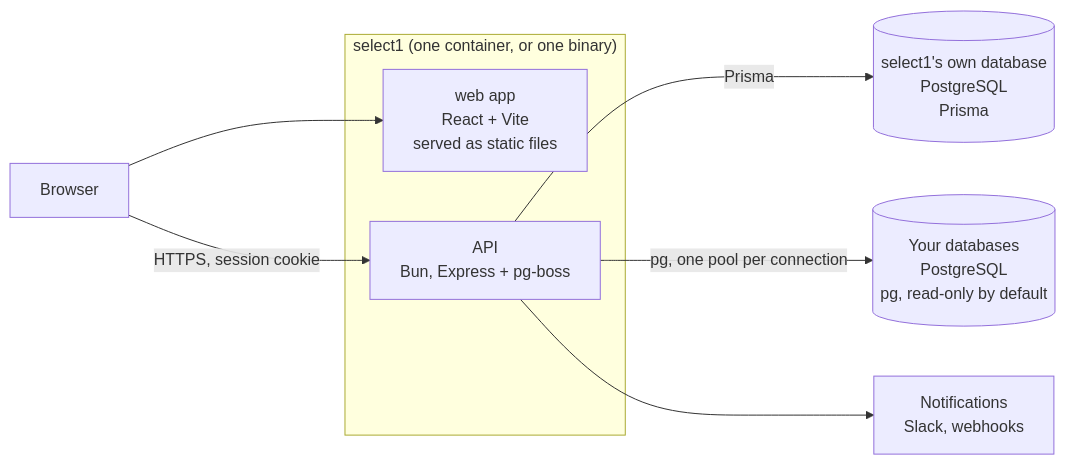
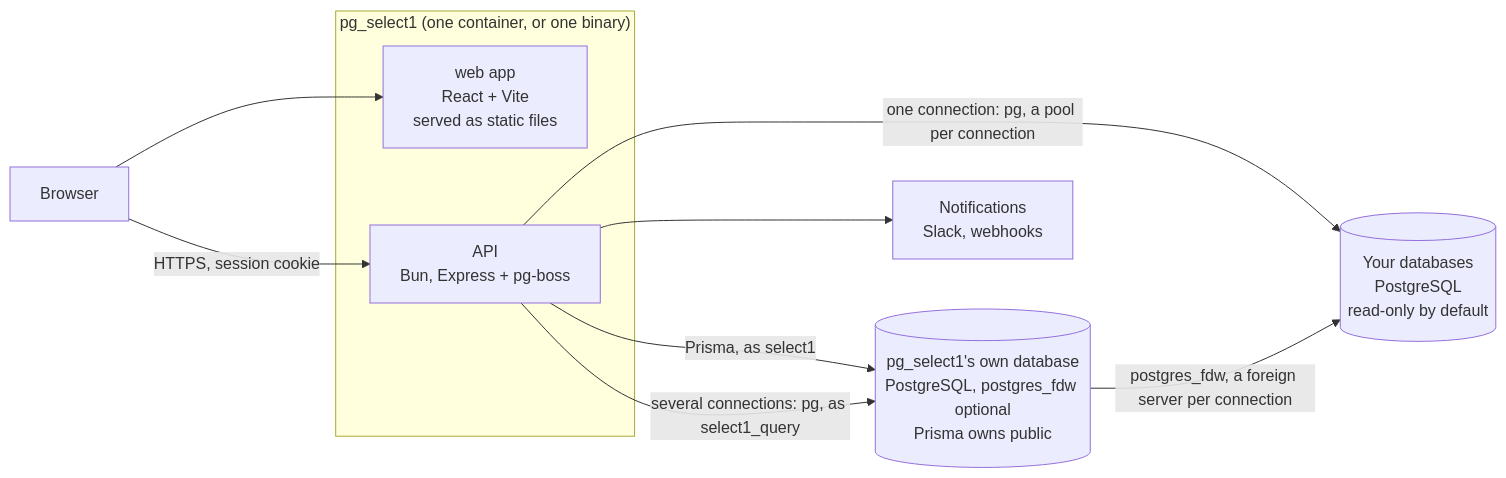
Before and after one commit to AliasedFox/pg_select1: the diagram in docs/stack.md, drawn with Mermaid. The commit also changed other lines of this file and 3 other files, not shown here.

First line of the commit message:
Spec queries per connection, with postgres_fdw across databases

````diff
--- a/docs/stack.md
+++ b/docs/stack.md
@@ -9,17 +9,19 @@
 ```mermaid
 flowchart LR
   browser["Browser"]
-  subgraph select1["select1 (one container, or one binary)"]
+  subgraph pg_select1["pg_select1 (one container, or one binary)"]
     web["web app<br/>React + Vite<br/>served as static files"]
     api["API<br/>Bun, Express + pg-boss"]
   end
-  meta[("select1's own database<br/>PostgreSQL<br/>Prisma")]
-  targets[("Your databases<br/>PostgreSQL<br/>pg, read-only by default")]
+  meta[("pg_select1's own database<br/>PostgreSQL, postgres_fdw optional<br/>Prisma owns public")]
+  targets[("Your databases<br/>PostgreSQL<br/>read-only by default")]
   notify["Notifications<br/>Slack, webhooks"]
 
   browser --> web
   browser -- "HTTPS, session cookie" --> api
-  api -- "Prisma" --> meta
-  api -- "pg, one pool per connection" --> targets
+  api -- "Prisma, as select1" --> meta
+  api -- "one connection: pg, a pool per connection" --> targets
+  api -- "several connections: pg, as select1_query" --> meta
+  meta -- "postgres_fdw, a foreign server per connection" --> targets
   api --> notify
 ```
````
